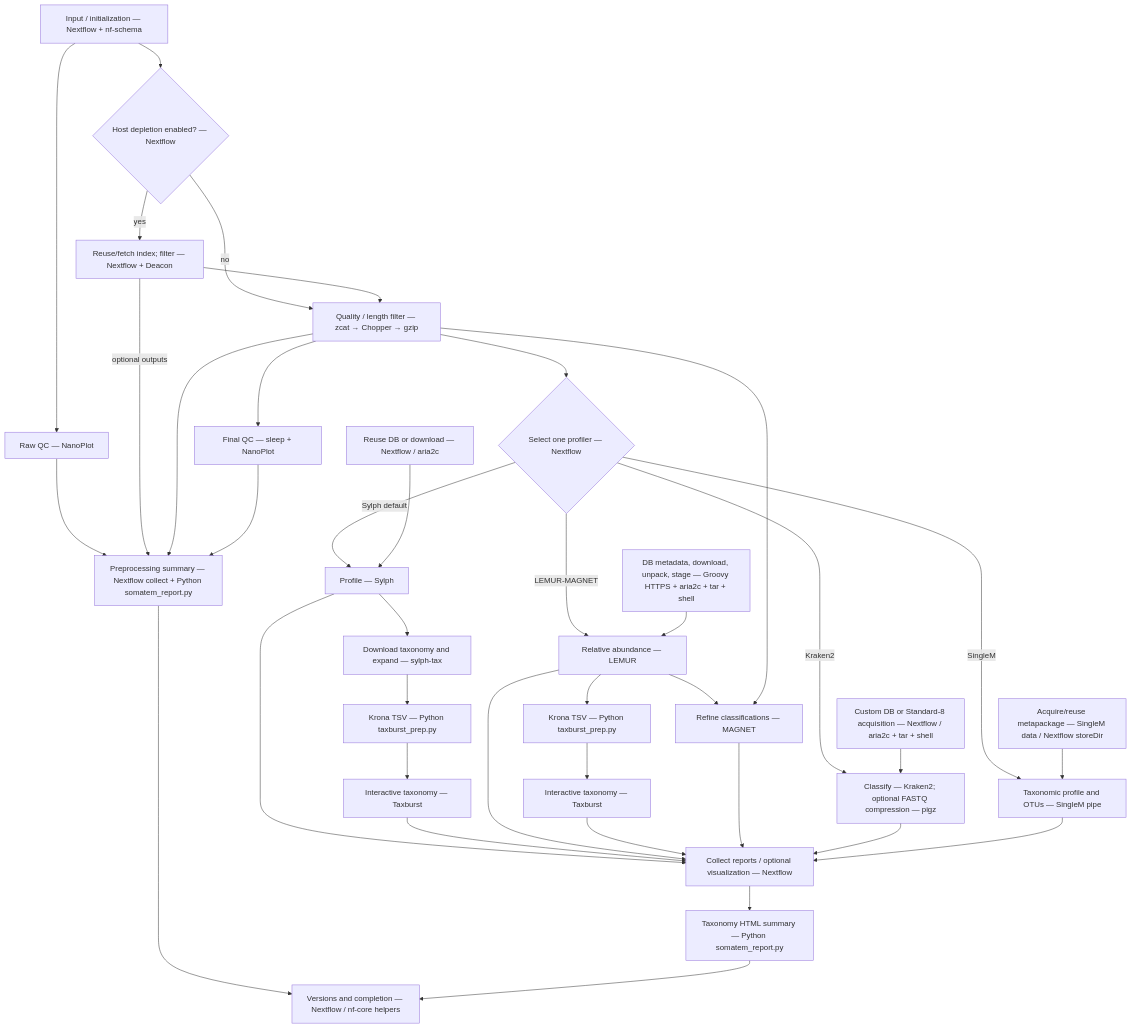
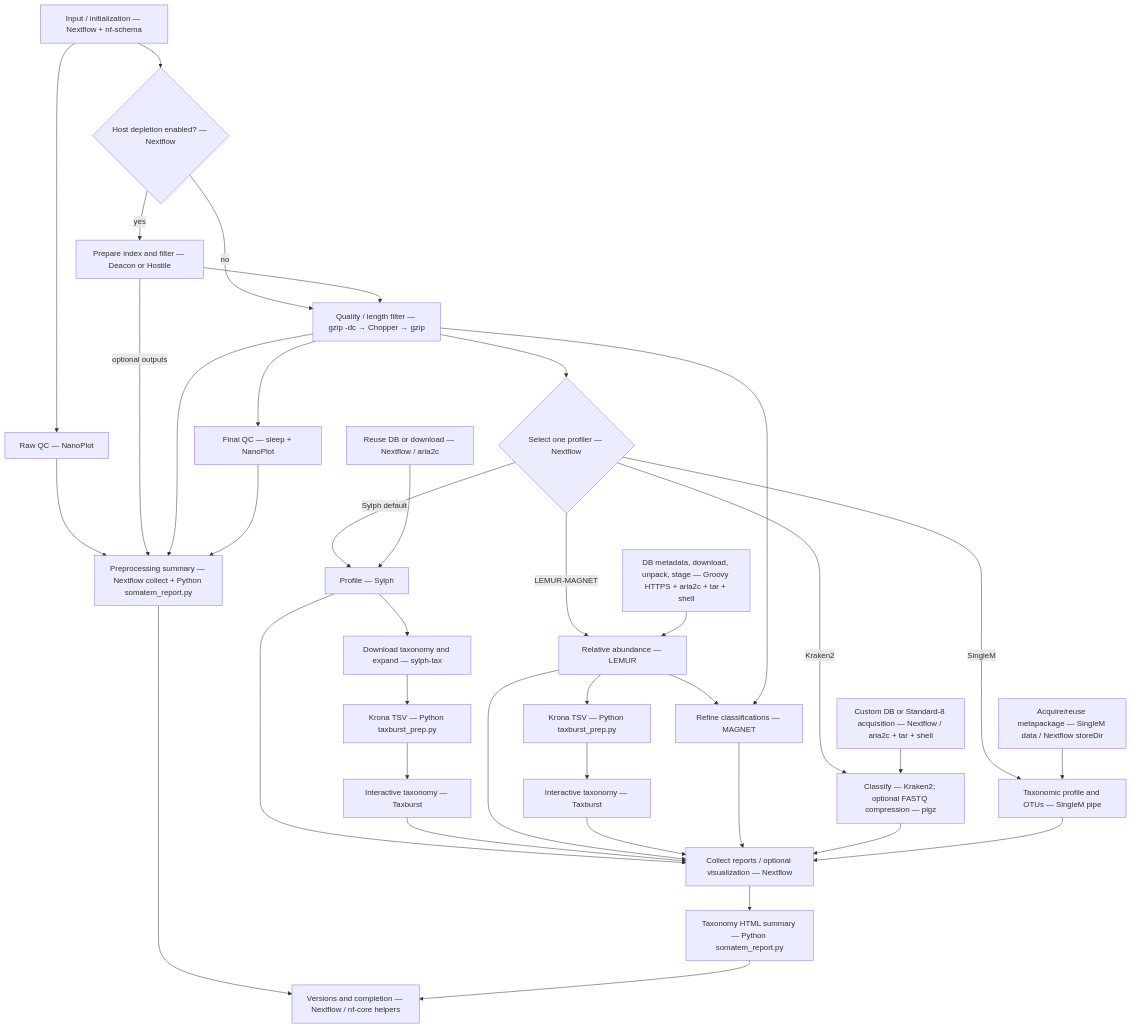
Before and after one commit to treangenlab/somatem: the fourth of 17 diagrams in docs/workflow-breakdown.md, drawn with Mermaid. The commit also changed other lines of this file and 15 other files, not shown here.

````diff
--- a/docs/workflow-breakdown.md
+++ b/docs/workflow-breakdown.md
@@ -165,39 +165,39 @@
 ```mermaid
 flowchart TD
     T0["Input / initialization — Nextflow + nf-schema"] --> T1["Raw QC — NanoPlot"]
     T0 --> T2{"Host depletion enabled? — Nextflow"}
-    T2 -->|yes| T3["Reuse/fetch index; filter — Nextflow + Deacon"]
-    T2 -->|no| T4["Quality / length filter — zcat → Chopper → gzip"]
+    T2 -->|yes| T3["Prepare index and filter — Deacon or Hostile"]
+    T2 -->|no| T4["Quality / length filter — gzip -dc → Chopper → gzip"]
     T3 --> T4
     T4 --> T5["Final QC — sleep + NanoPlot"]
     T1 --> T6["Preprocessing summary — Nextflow collect + Python somatem_report.py"]
     T3 -->|optional outputs| T6
     T4 --> T6
     T5 --> T6
     T4 --> T7{"Select one profiler — Nextflow"}
     T7 -->|Sylph default| T8["Profile — Sylph"]
     TB1["Reuse DB or download — Nextflow / aria2c"] --> T8
     T8 --> T9["Download taxonomy and expand — sylph-tax"]
     T9 --> T10["Krona TSV — Python taxburst_prep.py"]
     T10 --> T11["Interactive taxonomy — Taxburst"]
     T7 -->|LEMUR-MAGNET| T12["Relative abundance — LEMUR"]
     TB2["DB metadata, download, unpack, stage — Groovy HTTPS + aria2c + tar + shell"] --> T12
     T12 --> T13["Krona TSV — Python taxburst_prep.py"]
     T13 --> T14["Interactive taxonomy — Taxburst"]
     T12 --> T15["Refine classifications — MAGNET"]
     T4 --> T15
     T7 -->|Kraken2| T16["Classify — Kraken2; optional FASTQ compression — pigz"]
     TB3["Custom DB or Standard-8 acquisition — Nextflow / aria2c + tar + shell"] --> T16
     T7 -->|SingleM| T17["Taxonomic profile and OTUs — SingleM pipe"]
     TB4["Acquire/reuse metapackage — SingleM data / Nextflow storeDir"] --> T17
     T8 --> T18["Collect reports / optional visualization — Nextflow"]
     T11 --> T18
     T12 --> T18
     T14 --> T18
     T15 --> T18
     T16 --> T18
     T17 --> T18
     T18 --> T19["Taxonomy HTML summary — Python somatem_report.py"]
     T6 --> T20["Versions and completion — Nextflow / nf-core helpers"]
     T19 --> T20
 ```
````
